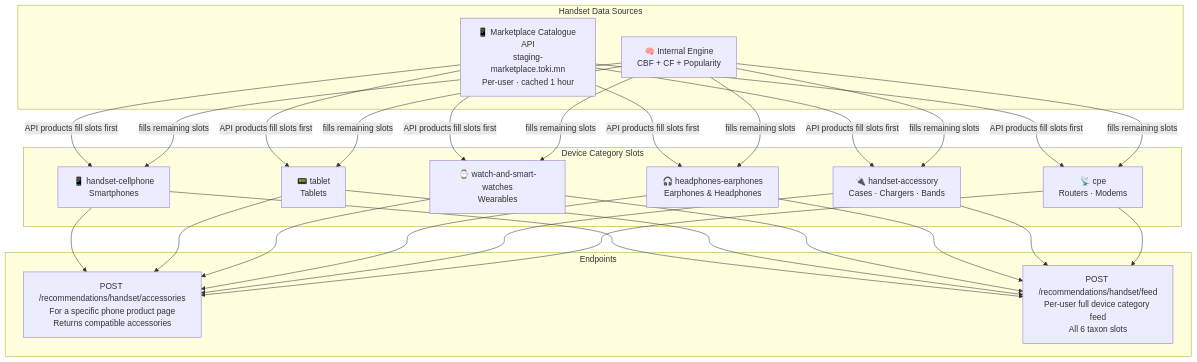
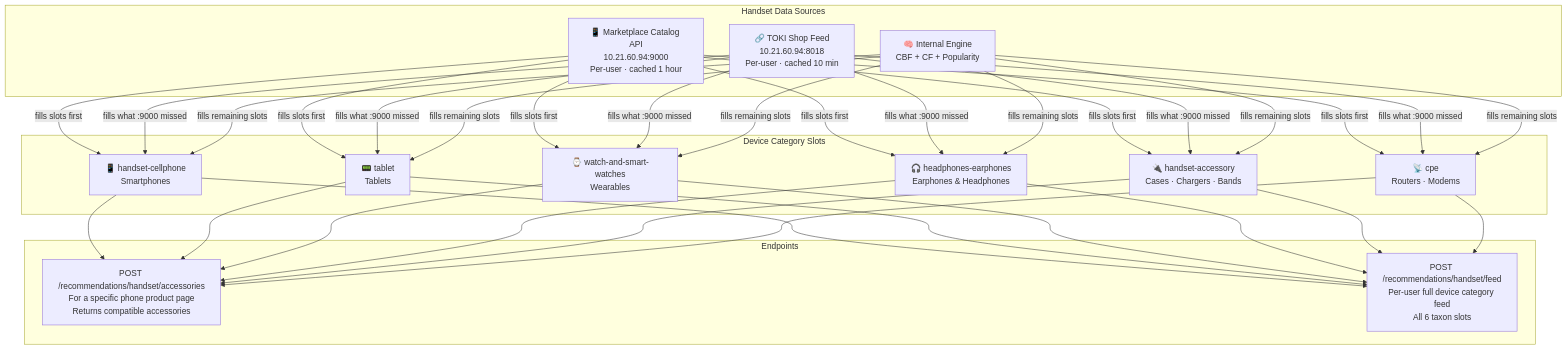
One commit to unitelds/marketplace-stream-data-recommendation-engine changed the sixth of 10 diagrams in docs/SYSTEM_PRESENTATION.md. Above: the diagram before and after it, drawn with Mermaid. The commit also changed other lines of this file and 20 other files, not shown here.

````diff
--- a/docs/SYSTEM_PRESENTATION.md
+++ b/docs/SYSTEM_PRESENTATION.md
@@ -189,26 +199,28 @@
 ```mermaid
 flowchart TD
     subgraph HSOURCES["Handset Data Sources"]
-        HA["📱 Marketplace Catalogue API\nstaging-marketplace.toki.mn\nPer-user · cached 1 hour"]
+        HA["📱 Marketplace Catalog API\n10.21.60.94:9000\nPer-user · cached 1 hour"]
+        HS["🔗 TOKI Shop Feed\n10.21.60.94:8018\nPer-user · cached 10 min"]
         HB["🧠 Internal Engine\nCBF + CF + Popularity"]
     end
 
     subgraph HTAXONS["Device Category Slots"]
         T1["📱 handset-cellphone\nSmartphones"]
         T2["📟 tablet\nTablets"]
         T3["⌚ watch-and-smart-watches\nWearables"]
         T4["🎧 headphones-earphones\nEarphones & Headphones"]
         T5["🔌 handset-accessory\nCases · Chargers · Bands"]
         T6["📡 cpe\nRouters · Modems"]
     end
 
     subgraph HENDPOINTS["Endpoints"]
         E1["POST /recommendations/handset/accessories\nFor a specific phone product page\nReturns compatible accessories"]
         E2["POST /recommendations/handset/feed\nPer-user full device category feed\nAll 6 taxon slots"]
     end
 
-    HA -->|API products fill slots first| T1 & T2 & T3 & T4 & T5 & T6
+    HA -->|fills slots first| T1 & T2 & T3 & T4 & T5 & T6
+    HS -->|fills what :9000 missed| T1 & T2 & T3 & T4 & T5 & T6
     HB -->|fills remaining slots| T1 & T2 & T3 & T4 & T5 & T6
     T1 & T2 & T3 & T4 & T5 & T6 --> E1
     T1 & T2 & T3 & T4 & T5 & T6 --> E2
 ```
````
